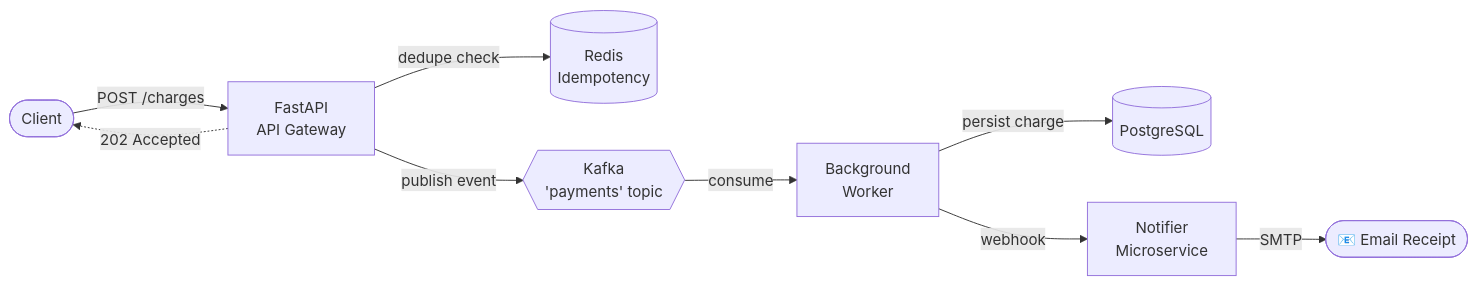
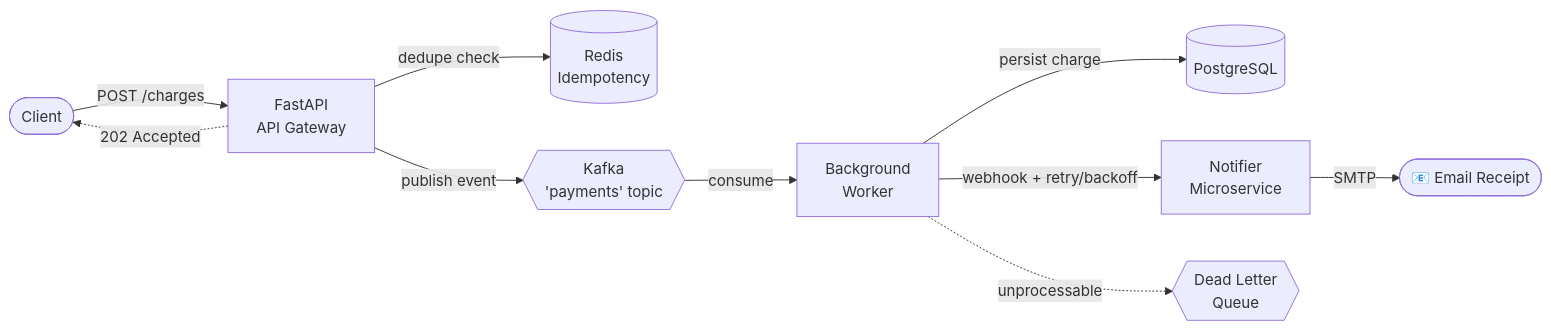
One commit to sravanibhamidipaty/mock-payment-gateway-api changed the first of 4 diagrams in README.md. Above: the diagram before and after it, drawn with Mermaid. The commit also changed other lines of this file and 4 other files, not shown here.

First line of the commit message:
feat: resilience (retry/backoff + DLQ) and design doc

````diff
--- a/README.md
+++ b/README.md
@@ -32,11 +32,12 @@
 ```mermaid
 flowchart LR
     Client([Client]) -->|POST /charges| API[FastAPI<br/>API Gateway]
     API -->|dedupe check| Redis[(Redis<br/>Idempotency)]
     API -->|publish event| Kafka{{Kafka<br/>'payments' topic}}
     API -.->|202 Accepted| Client
     Kafka -->|consume| Worker[Background<br/>Worker]
     Worker -->|persist charge| DB[(PostgreSQL)]
-    Worker -->|webhook| Notifier[Notifier<br/>Microservice]
+    Worker -->|webhook + retry/backoff| Notifier[Notifier<br/>Microservice]
+    Worker -.->|unprocessable| DLQ{{Dead Letter<br/>Queue}}
     Notifier -->|SMTP| Email([📧 Email Receipt])
 ```
````
